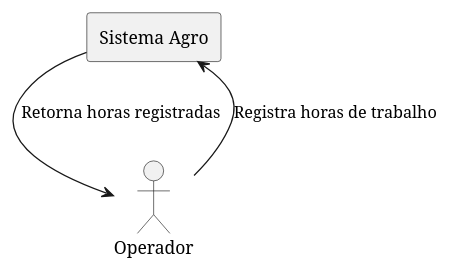
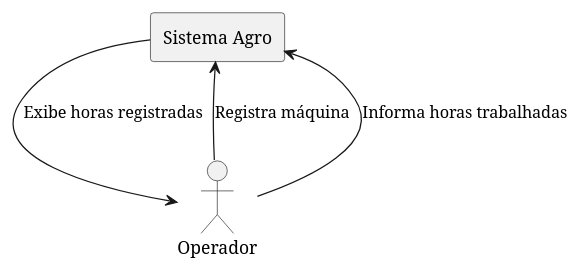
One commit to Vitorzk1/Diariobordocustomaquinario changed the diagram in Contexto.puml. Above: the diagram before and after it, drawn with PlantUML.

```diff
--- a/Contexto.puml
+++ b/Contexto.puml
@@ -1,11 +1,12 @@
 @startuml
 
 actor "Operador"
 
 rectangle "Sistema Agro" {
 }
 
-"Operador" --> "Sistema Agro" : Registra horas de trabalho
-"Sistema Agro" --> "Operador" : Retorna horas registradas
+"Operador" --> "Sistema Agro" : Registra máquina
+"Operador" --> "Sistema Agro" : Informa horas trabalhadas
+"Sistema Agro" --> "Operador" : Exibe horas registradas
 
 @enduml
```
